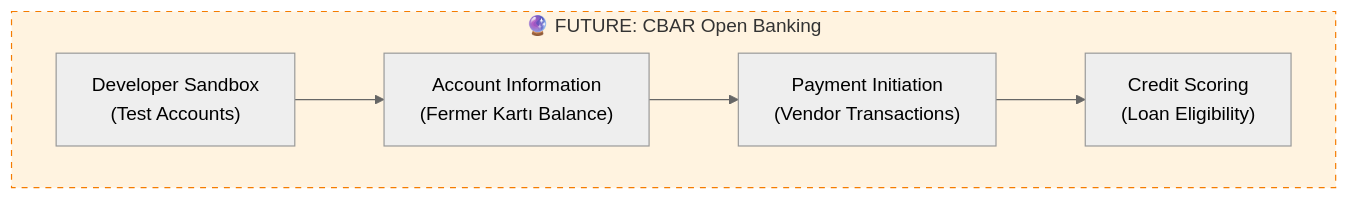
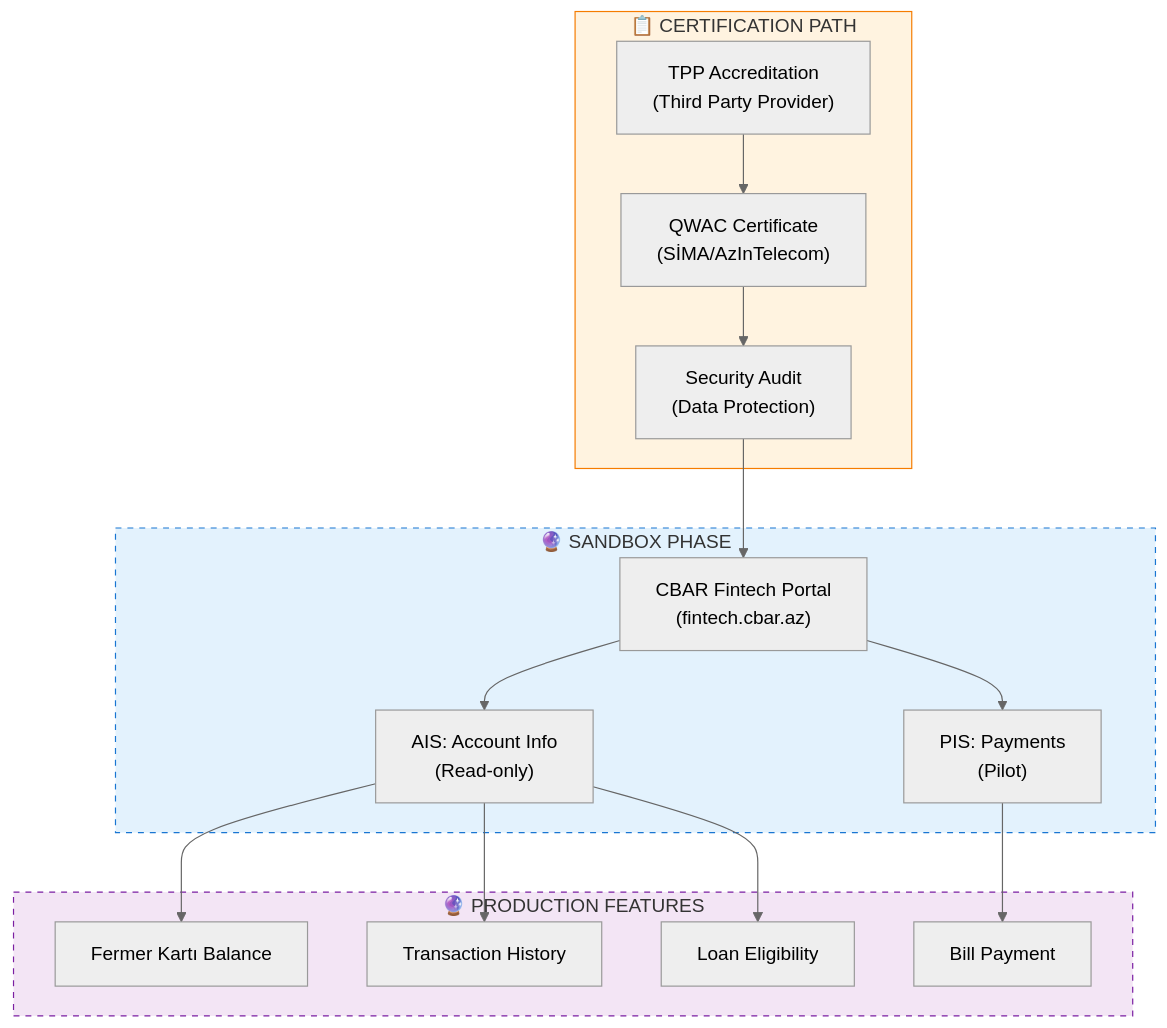
The fifth of 10 diagrams in docs/zekalab/18-ENTERPRISE-INTEGRATION-ROADMAP.md (Px8Studio/yonja), drawn with Mermaid before and after one commit. The commit also changed other lines of this file and 3 other files, not shown here.

Commit message:
feat: Revise ALEM documentation for clarity and structure, enhancing integration roadmap and API quickstart details

````diff
--- a/docs/zekalab/18-ENTERPRISE-INTEGRATION-ROADMAP.md
+++ b/docs/zekalab/18-ENTERPRISE-INTEGRATION-ROADMAP.md
@@ -171,14 +171,31 @@
 ```mermaid
 %%{init: {'theme': 'neutral'}}%%
 flowchart TB
-    subgraph future["🔮 FUTURE: CBAR Open Banking"]
-        sandbox["Developer Sandbox<br/>(Test Accounts)"]
-        accounts["Account Information<br/>(Fermer Kartı Balance)"]
-        payments["Payment Initiation<br/>(Vendor Transactions)"]
-        credit["Credit Scoring<br/>(Loan Eligibility)"]
+    subgraph certification["📋 CERTIFICATION PATH"]
+        tpp["TPP Accreditation<br/>(Third Party Provider)"]
+        qwac["QWAC Certificate<br/>(SİMA/AzInTelecom)"]
+        compliance["Security Audit<br/>(Data Protection)"]
     end
     
-    sandbox --> accounts --> payments --> credit
+    subgraph sandbox["🔮 SANDBOX PHASE"]
+        test["CBAR Fintech Portal<br/>(fintech.cbar.az)"]
+        ais["AIS: Account Info<br/>(Read-only)"]
+        pis["PIS: Payments<br/>(Pilot)"]
+    end
     
-    style future fill:#fff3e0,stroke:#f57c00,stroke-dasharray: 5 5
+    subgraph production["🔮 PRODUCTION FEATURES"]
+        balance["Fermer Kartı Balance"]
+        transactions["Transaction History"]
+        lending["Loan Eligibility"]
+        autopay["Bill Payment"]
+    end
+    
+    tpp --> qwac --> compliance --> test
+    test --> ais & pis
+    ais --> balance & transactions & lending
+    pis --> autopay
+    
+    style certification fill:#fff3e0,stroke:#f57c00
+    style sandbox fill:#e3f2fd,stroke:#1976d2,stroke-dasharray: 5 5
+    style production fill:#f3e5f5,stroke:#7b1fa2,stroke-dasharray: 5 5
 ```
````
